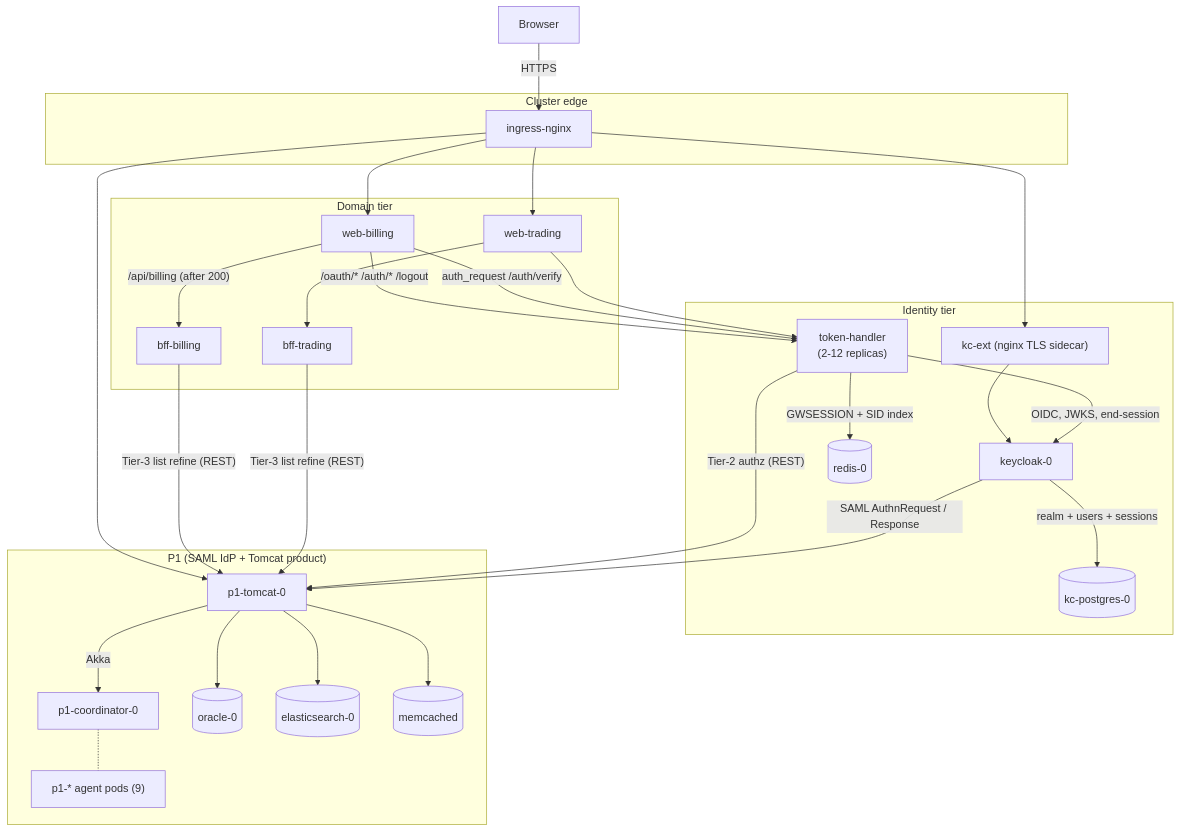
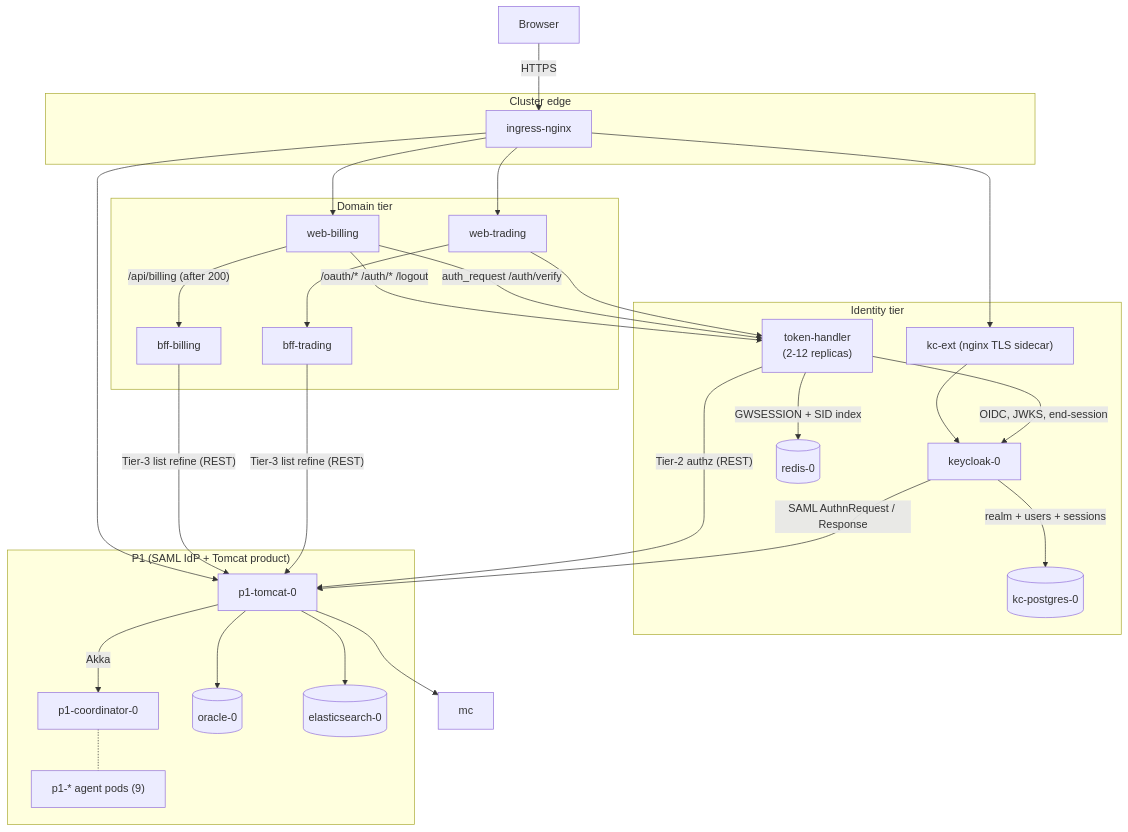
Before and after one commit to petarnenov/keycloak-demo: the second of 12 diagrams in docs/solution-architect/06-communication-diagrams.md, drawn with Mermaid. The commit also changed 19 other files, not shown here.

````diff
--- a/docs/solution-architect/06-communication-diagrams.md
+++ b/docs/solution-architect/06-communication-diagrams.md
@@ -56,59 +56,58 @@
 ```mermaid
 flowchart TB
     user[Browser]
 
     subgraph Edge["Cluster edge"]
         ing["ingress-nginx"]
     end
 
     subgraph IdTier["Identity tier"]
         kcext["kc-ext (nginx TLS sidecar)"]
         kc["keycloak-0"]
         th["token-handler<br/>(2-12 replicas)"]
         kcpg[("kc-postgres-0")]
         redis[("redis-0")]
     end
 
     subgraph DomTier["Domain tier"]
         webB["web-billing"]
         webT["web-trading"]
         bffB["bff-billing"]
         bffT["bff-trading"]
     end
 
     subgraph P1Tier["P1 (SAML IdP + Tomcat product)"]
         p1tc["p1-tomcat-0"]
         p1co["p1-coordinator-0"]
         p1ag["p1-* agent pods (9)"]
         ora[("oracle-0")]
         es[("elasticsearch-0")]
-        mc[("memcached")]
     end
 
     user --HTTPS--> ing
     ing --> webB
     ing --> webT
     ing --> kcext --> kc
     ing --> p1tc
 
     webB --"/oauth/* /auth/* /logout"--> th
     webB --"auth_request /auth/verify"--> th
     webB --"/api/billing (after 200)"--> bffB
     webT --> th
     webT --> bffT
 
     th --"OIDC, JWKS, end-session"--> kc
     th --"Tier-2 authz (REST)"--> p1tc
     bffB --"Tier-3 list refine (REST)"--> p1tc
     bffT --"Tier-3 list refine (REST)"--> p1tc
     th --"GWSESSION + SID index"--> redis
 
     kc --"SAML AuthnRequest / Response"--> p1tc
     kc --"realm + users + sessions"--> kcpg
 
     p1tc --Akka--> p1co
     p1co -.- p1ag
     p1tc --> ora
     p1tc --> es
     p1tc --> mc
 ```
````
